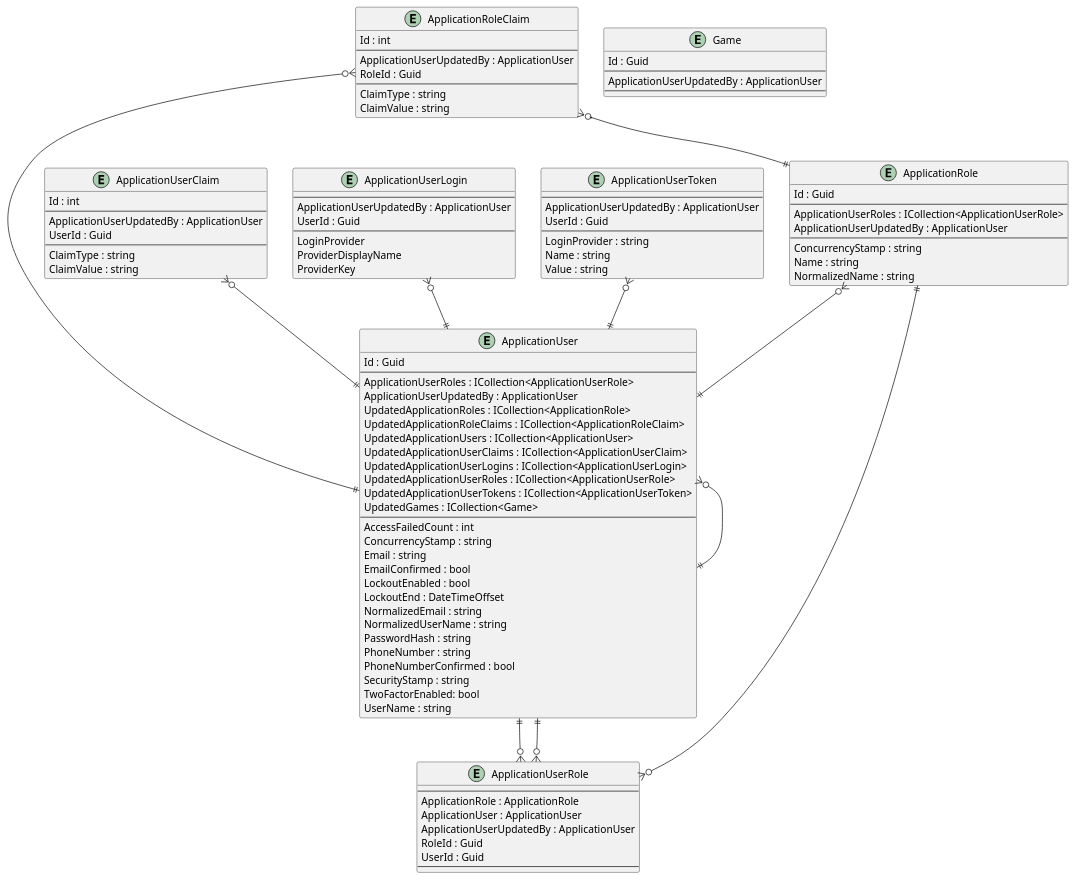
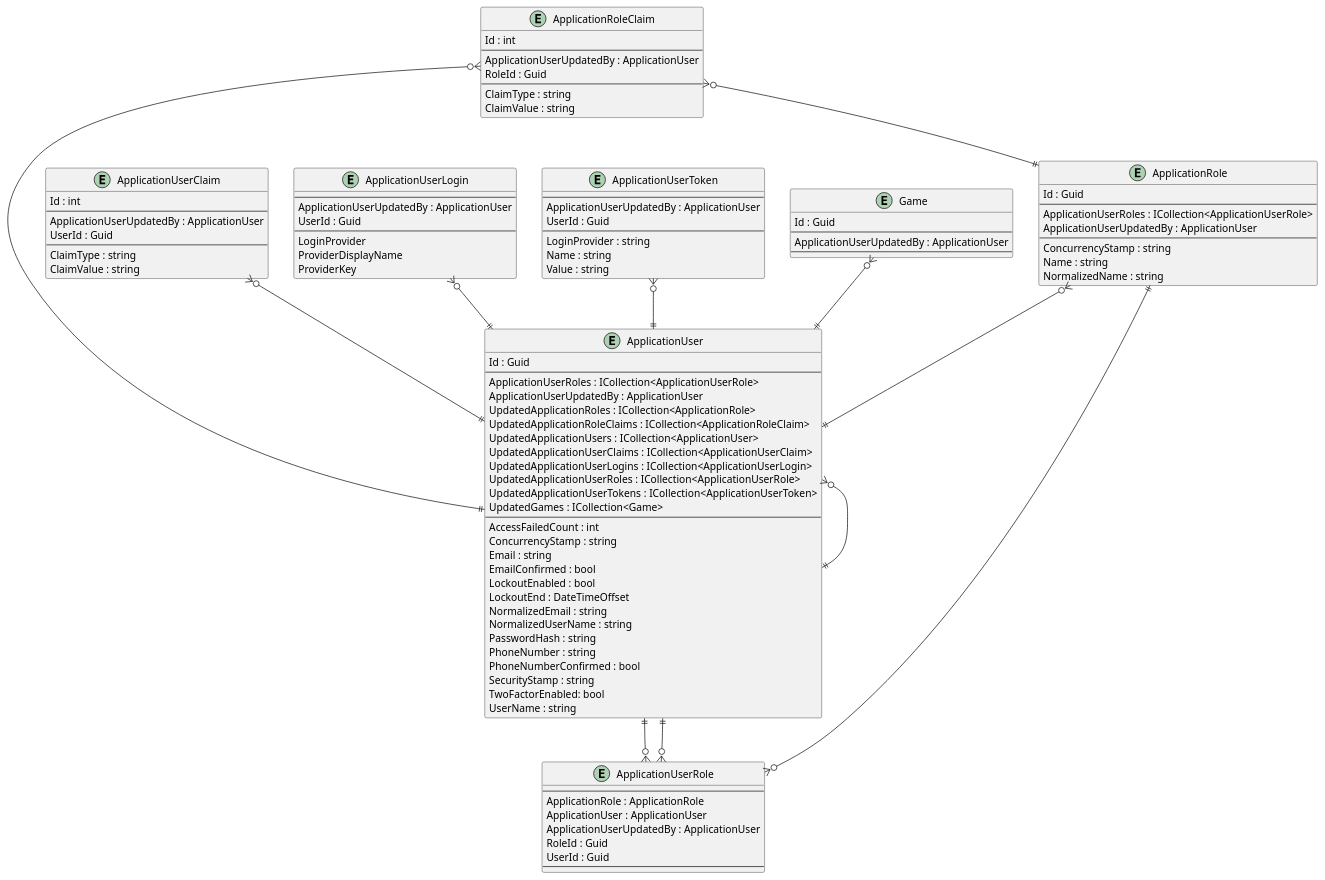
One commit to intrepion/https-www.youtube.com-watch-v-w8imy7LT9zY changed the diagram in .docs/BlazorCrudDotNet8.pu. Above: the diagram before and after it, drawn with PlantUML.

Commit message:
gawk -i inplace "{ gsub(/' RelationshipCodePlaceholder/, \"Game }o--|| ApplicationUser\n' RelationshipCodePlaceholder\") }; { print }" .docs/BlazorCrudDotNet8.pu

```diff
--- a/.docs/BlazorCrudDotNet8.pu
+++ b/.docs/BlazorCrudDotNet8.pu
@@ -1,119 +1,120 @@
 @startuml
 
 entity ApplicationRole {
     Id : Guid
     --
     ApplicationUserRoles : ICollection<ApplicationUserRole>
     ApplicationUserUpdatedBy : ApplicationUser
     --
     ConcurrencyStamp : string
     Name : string
     NormalizedName : string
 }
 
 entity ApplicationRoleClaim {
     Id : int
     --
     ApplicationUserUpdatedBy : ApplicationUser
     RoleId : Guid
     --
     ClaimType : string
     ClaimValue : string
 }
 
 entity ApplicationUser {
     Id : Guid
     --
     ApplicationUserRoles : ICollection<ApplicationUserRole>
     ApplicationUserUpdatedBy : ApplicationUser
     UpdatedApplicationRoles : ICollection<ApplicationRole>
     UpdatedApplicationRoleClaims : ICollection<ApplicationRoleClaim>
     UpdatedApplicationUsers : ICollection<ApplicationUser>
     UpdatedApplicationUserClaims : ICollection<ApplicationUserClaim>
     UpdatedApplicationUserLogins : ICollection<ApplicationUserLogin>
     UpdatedApplicationUserRoles : ICollection<ApplicationUserRole>
     UpdatedApplicationUserTokens : ICollection<ApplicationUserToken>
     UpdatedGames : ICollection<Game>
     ' ApplicationUserKeyCodePlaceholder
     --
     AccessFailedCount : int
     ConcurrencyStamp : string
     Email : string
     EmailConfirmed : bool
     LockoutEnabled : bool
     LockoutEnd : DateTimeOffset
     NormalizedEmail : string
     NormalizedUserName : string
     PasswordHash : string
     PhoneNumber : string
     PhoneNumberConfirmed : bool
     SecurityStamp : string
     TwoFactorEnabled: bool
     UserName : string
 }
 
 entity ApplicationUserClaim {
     Id : int
     --
     ApplicationUserUpdatedBy : ApplicationUser
     UserId : Guid
     --
     ClaimType : string
     ClaimValue : string
 }
 
 entity ApplicationUserLogin {
     --
     ApplicationUserUpdatedBy : ApplicationUser
     UserId : Guid
     --
     LoginProvider
     ProviderDisplayName
     ProviderKey
 }
 
 entity ApplicationUserRole {
     --
     ApplicationRole : ApplicationRole
     ApplicationUser : ApplicationUser
     ApplicationUserUpdatedBy : ApplicationUser
     RoleId : Guid
     UserId : Guid
     --
 }
 
 entity ApplicationUserToken {
     --
     ApplicationUserUpdatedBy : ApplicationUser
     UserId : Guid
     --
     LoginProvider : string
     Name : string
     Value : string
 }
 
 entity Game {
     Id : Guid
     --
     ApplicationUserUpdatedBy : ApplicationUser
     ' GameKeyCodePlaceholder
     --
     ' GamePropertyCodePlaceholder
 }
 
 ' EntityCodePlaceholder
 
 ApplicationRole ||--o{ ApplicationUserRole
 ApplicationRole }o--|| ApplicationUser
 ApplicationRoleClaim }o--|| ApplicationRole
 ApplicationRoleClaim }o--|| ApplicationUser
 ApplicationUser }o--|| ApplicationUser
 ApplicationUser ||--o{ ApplicationUserRole
 ApplicationUserClaim }o--|| ApplicationUser
 ApplicationUserLogin }o--|| ApplicationUser
 ApplicationUserRole }o--|| ApplicationUser
 ApplicationUserToken }o--|| ApplicationUser
 
+Game }o--|| ApplicationUser
 ' RelationshipCodePlaceholder
 
 @enduml
```
